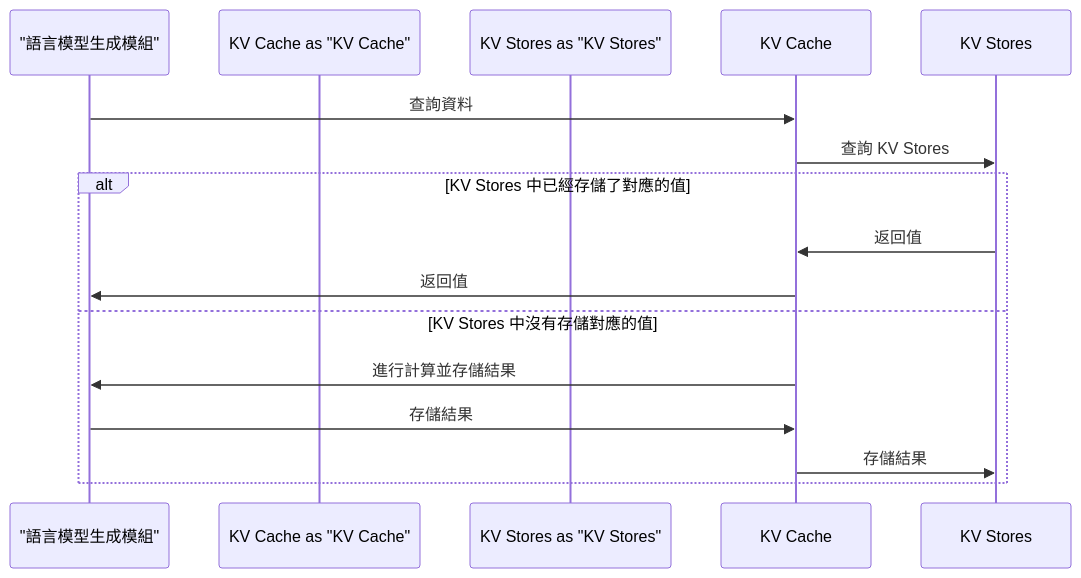
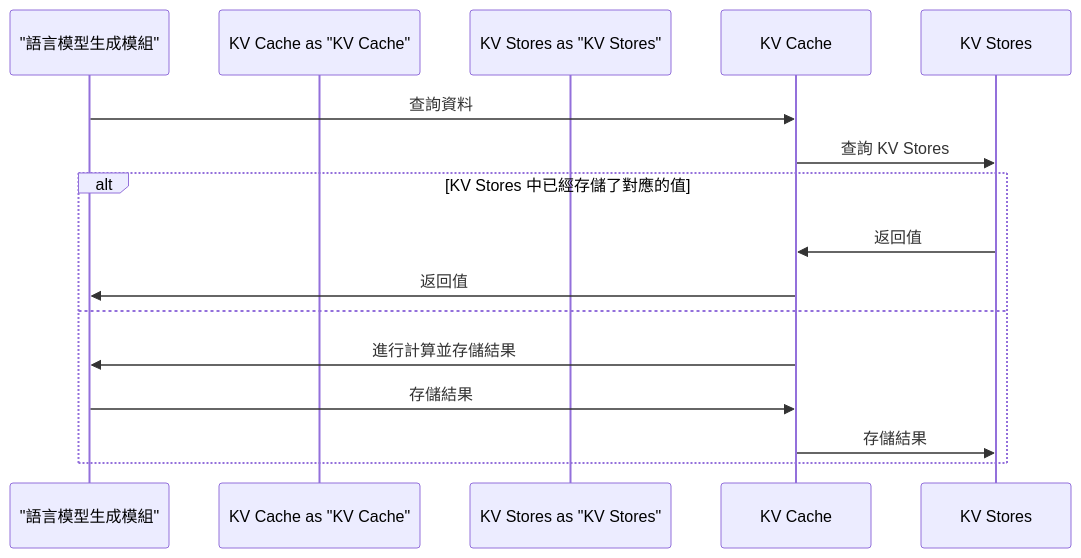
Before and after one commit to a920604a/engineernews: the diagram in src/content/posts/tech/_2026-05-10--22kv-cache.md, drawn with Mermaid. The commit also changed 6 other files, not shown here.

Commit message:
fix: auto-fix mermaid syntax errors in posts

````diff
--- a/src/content/posts/tech/_2026-05-10--22kv-cache.md
+++ b/src/content/posts/tech/_2026-05-10--22kv-cache.md
@@ -32,17 +32,17 @@
 ```mermaid
 sequenceDiagram
     participant 生成模組 as "語言模型生成模組"
     participant KV Cache as "KV Cache"
     participant KV Stores as "KV Stores"
 
     生成模組->>KV Cache: 查詢資料
     KV Cache->>KV Stores: 查詢 KV Stores
     alt KV Stores 中已經存儲了對應的值
         KV Stores->>KV Cache: 返回值
         KV Cache->>生成模組: 返回值
-    else KV Stores 中沒有存儲對應的值
+    else
         KV Cache->>生成模組: 進行計算並存儲結果
         生成模組->>KV Cache: 存儲結果
         KV Cache->>KV Stores: 存儲結果
     end
 ```
````
